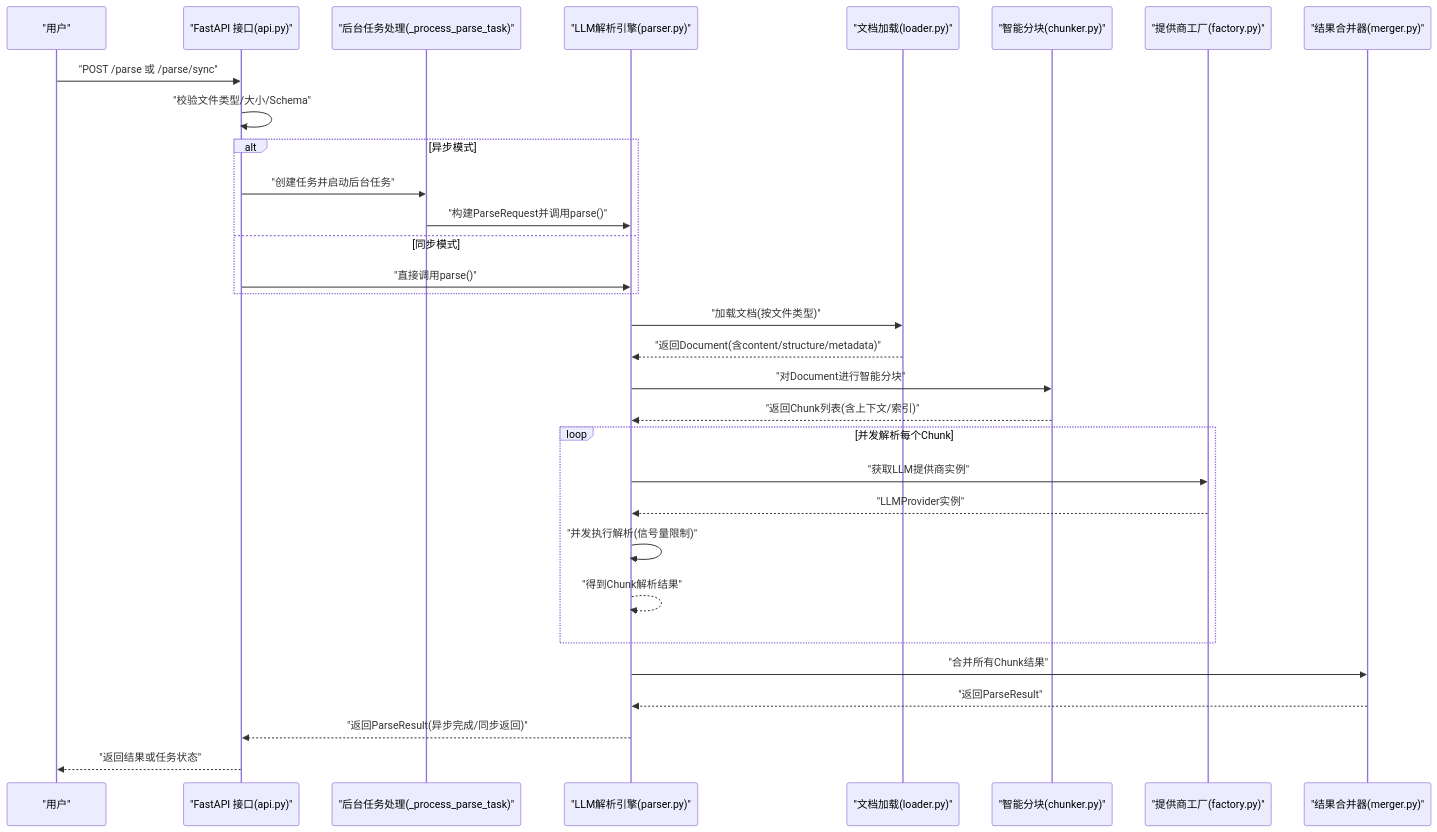
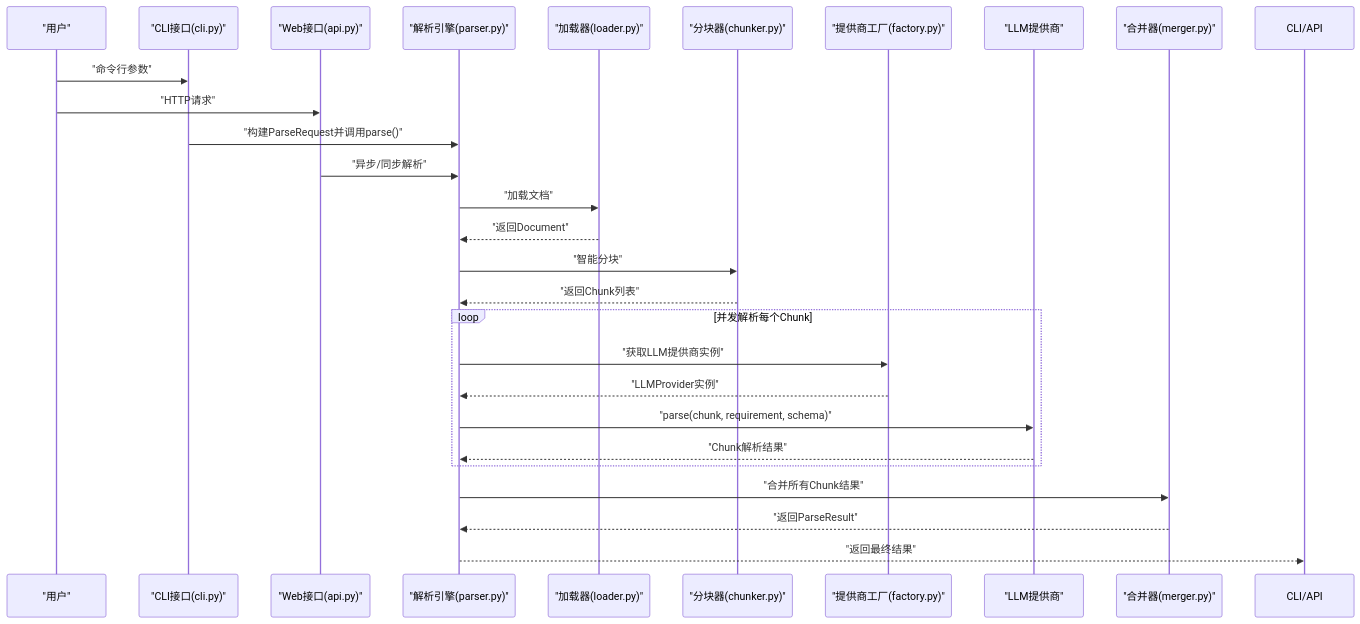
One commit to wowzhangji/doc_ai_parser changed the second of 13 diagrams in .qoder/repowiki/zh/content/架构设计/数据流设计.md. Above: the diagram before and after it, drawn with Mermaid. The commit also changed other lines of this file and 25 other files, not shown here.

````diff
--- a/.qoder/repowiki/zh/content/架构设计/数据流设计.md
+++ b/.qoder/repowiki/zh/content/架构设计/数据流设计.md
@@ -124,33 +131,29 @@
 ```mermaid
 sequenceDiagram
-participant U as "用户"
-participant API as "FastAPI 接口(api.py)"
-participant BG as "后台任务处理(_process_parse_task)"
-participant P as "LLM解析引擎(parser.py)"
-participant L as "文档加载(loader.py)"
-participant C as "智能分块(chunker.py)"
-participant F as "提供商工厂(factory.py)"
-participant M as "结果合并器(merger.py)"
-U->>API : "POST /parse 或 /parse/sync"
-API->>API : "校验文件类型/大小/Schema"
-alt 异步模式
-API->>BG : "创建任务并启动后台任务"
-BG->>P : "构建ParseRequest并调用parse()"
-else 同步模式
-API->>P : "直接调用parse()"
+participant User as "用户"
+participant CLI as "CLI接口(cli.py)"
+participant API as "Web接口(api.py)"
+participant Parser as "解析引擎(parser.py)"
+participant Loader as "加载器(loader.py)"
+participant Chunker as "分块器(chunker.py)"
+participant Factory as "提供商工厂(factory.py)"
+participant Provider as "LLM提供商"
+participant Merger as "合并器(merger.py)"
+User->>CLI : "命令行参数"
+User->>API : "HTTP请求"
+CLI->>Parser : "构建ParseRequest并调用parse()"
+API->>Parser : "异步/同步解析"
+Parser->>Loader : "加载文档"
+Loader-->>Parser : "返回Document"
+Parser->>Chunker : "智能分块"
+Chunker-->>Parser : "返回Chunk列表"
+loop 并发解析每个Chunk
+Parser->>Factory : "获取LLM提供商实例"
+Factory-->>Parser : "LLMProvider实例"
+Parser->>Provider : "parse(chunk, requirement, schema)"
+Provider-->>Parser : "Chunk解析结果"
 end
-P->>L : "加载文档(按文件类型)"
-L-->>P : "返回Document(含content/structure/metadata)"
-P->>C : "对Document进行智能分块"
-C-->>P : "返回Chunk列表(含上下文/索引)"
-loop 并发解析每个Chunk
-P->>F : "获取LLM提供商实例"
-F-->>P : "LLMProvider实例"
-P->>P : "并发执行解析(信号量限制)"
-P-->>P : "得到Chunk解析结果"
-end
-P->>M : "合并所有Chunk结果"
-M-->>P : "返回ParseResult"
-P-->>API : "返回ParseResult(异步完成/同步返回)"
-API-->>U : "返回结果或任务状态"
+Parser->>Merger : "合并所有Chunk结果"
+Merger-->>Parser : "返回ParseResult"
+Parser-->>CLI/API : "返回最终结果"
 ```
````
